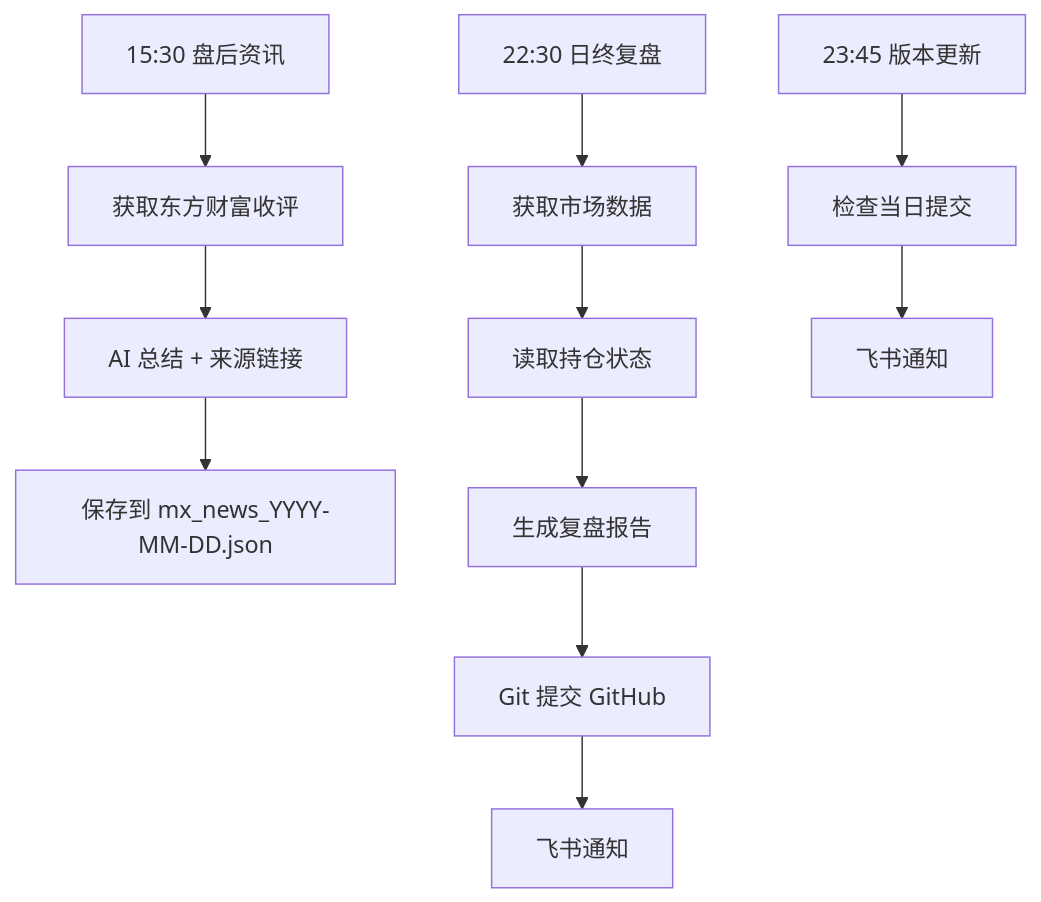
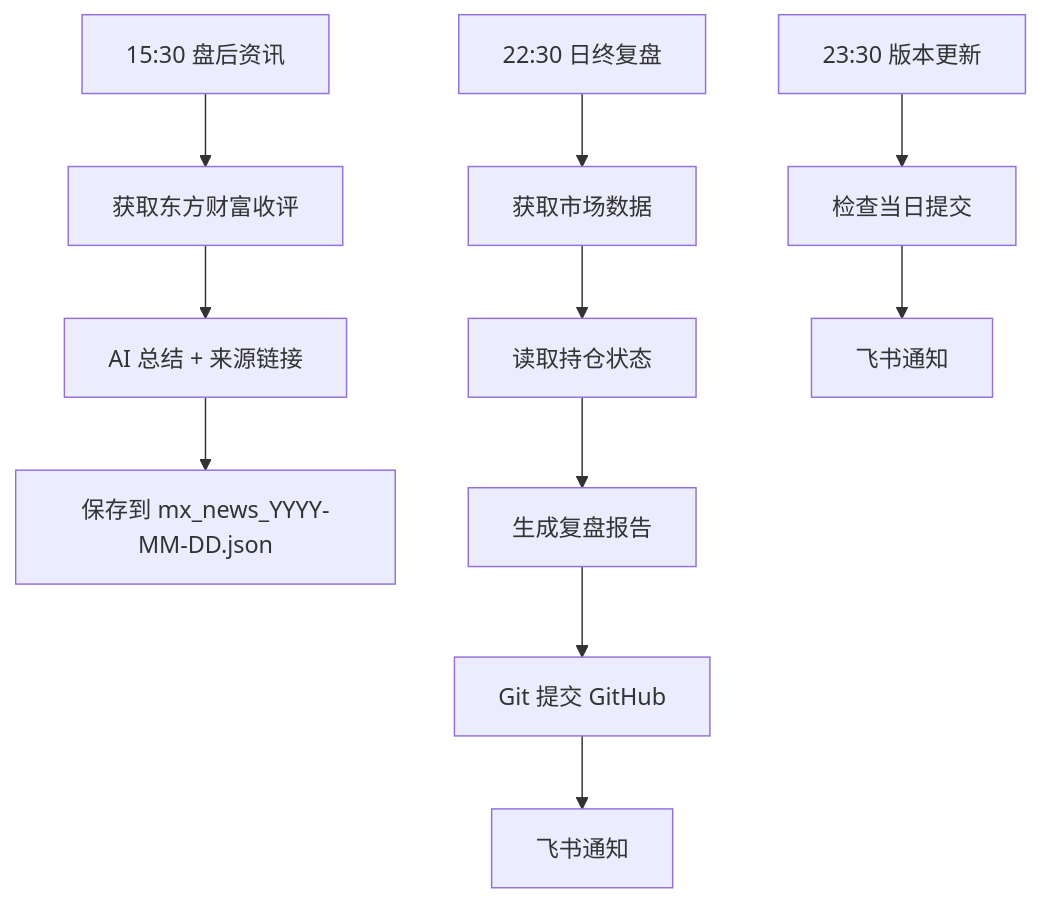
One commit to heyaaron-Wu/OpenClaw-Fund-Trading changed the diagram in 08-fund-daily-review/README.md. Above: the diagram before and after it, drawn with Mermaid. The commit also changed other lines of this file and 2 other files, not shown here.

````diff
--- a/08-fund-daily-review/README.md
+++ b/08-fund-daily-review/README.md
@@ -138,15 +138,15 @@
 ```mermaid
 graph TD
     A[15:30 盘后资讯] --> B[获取东方财富收评]
     B --> C[AI 总结 + 来源链接]
     C --> D[保存到 mx_news_YYYY-MM-DD.json]
     
     E[22:30 日终复盘] --> F[获取市场数据]
     F --> G[读取持仓状态]
     G --> H[生成复盘报告]
     H --> I[Git 提交 GitHub]
     I --> J[飞书通知]
     
-    K[23:45 版本更新] --> L[检查当日提交]
+    K[23:30 版本更新] --> L[检查当日提交]
     L --> M[飞书通知]
 ```
````
